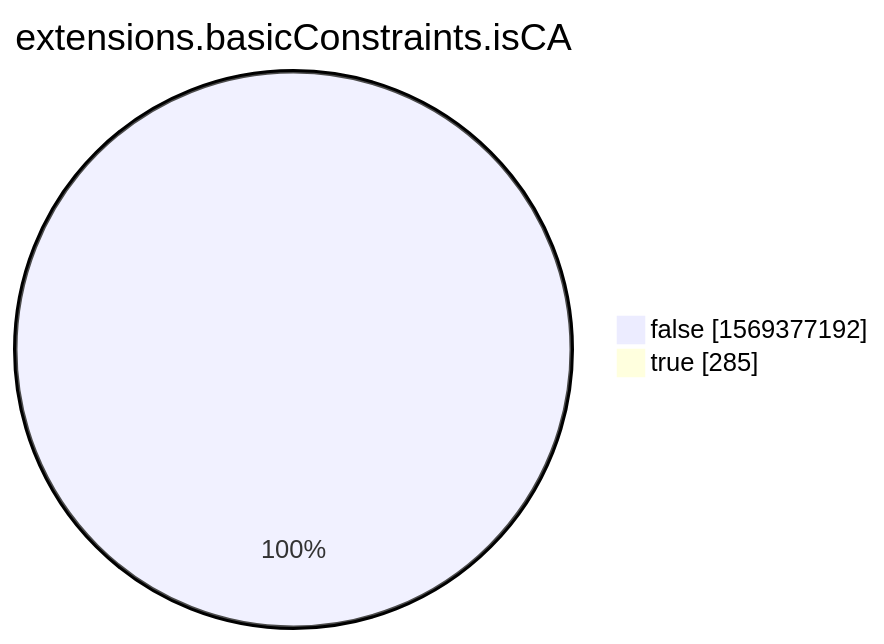
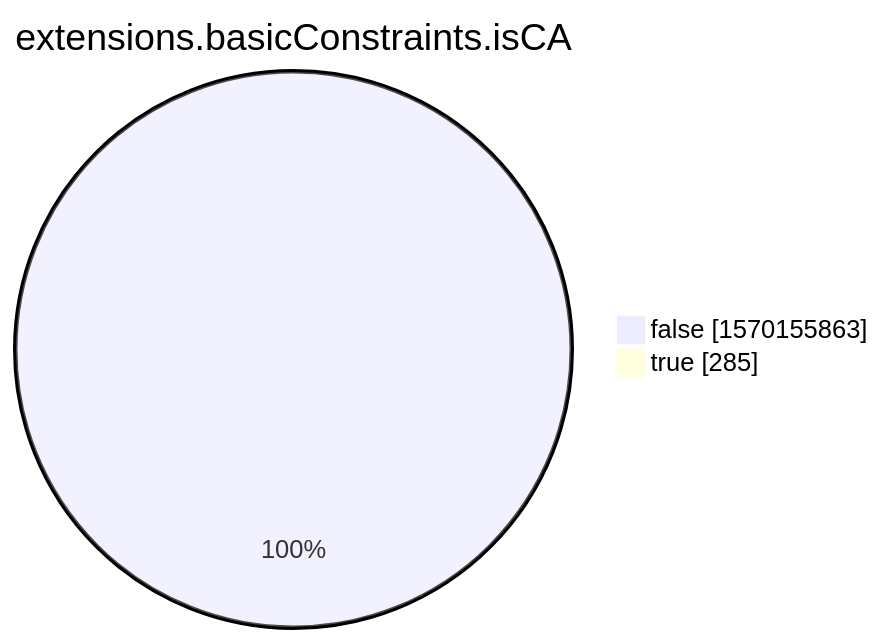
One commit to christiankrug/ctmonitor_visualization changed the eighth of 15 diagrams in xenon2022/README.md. Above: the diagram before and after it, drawn with Mermaid. The commit also changed other lines of this file, not shown here.

````diff
--- a/xenon2022/README.md
+++ b/xenon2022/README.md
@@ -2861,6 +2861,6 @@
 ```mermaid
 pie showData
 title extensions.basicConstraints.isCA
-"false" :1569377192
+"false" :1570155863
 "true" :285
 ```
````
